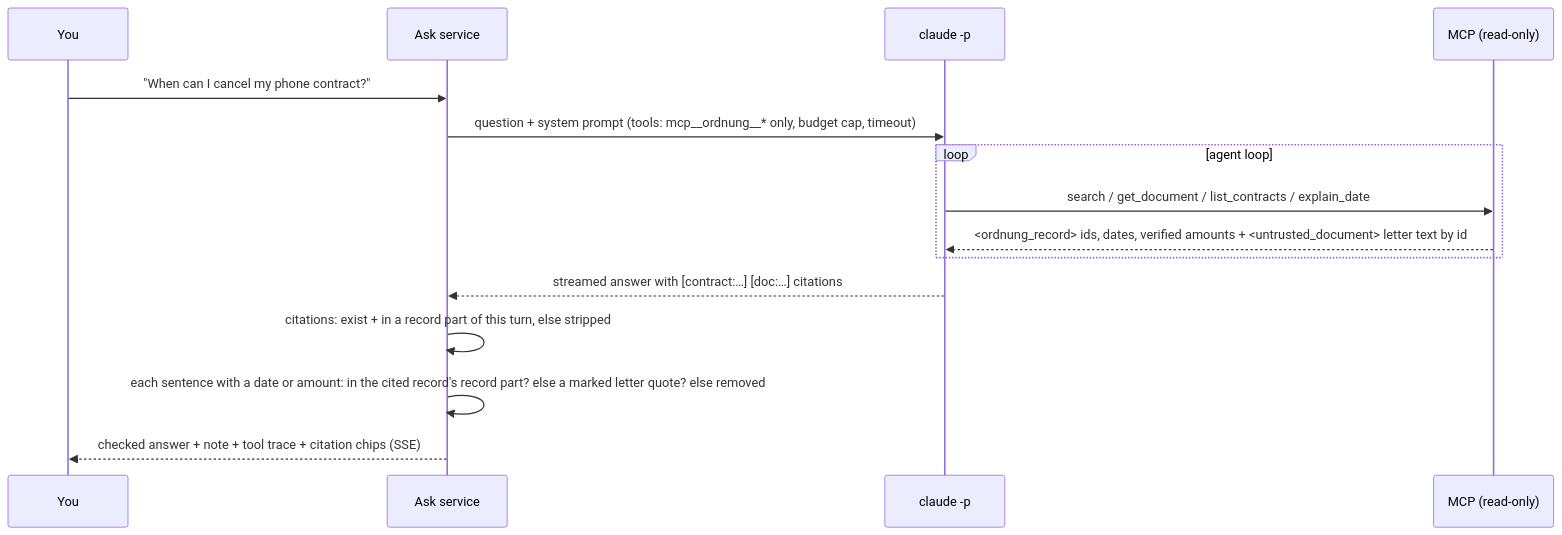
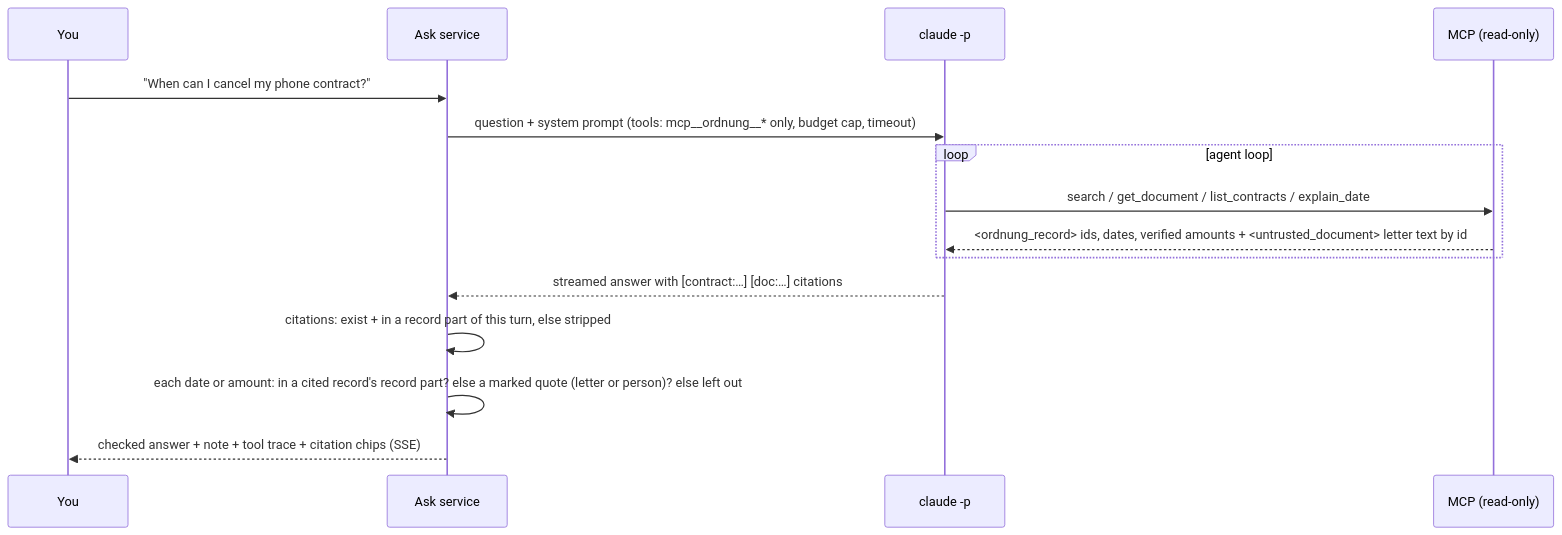
The third of 4 diagrams in docs/architecture.md (ahmedEid1/ordnung), drawn with Mermaid before and after one commit. The commit also changed other lines of this file and 3 other files, not shown here.

First line of the commit message:
Docs: ADR 0008, SPEC, architecture and privacy for the revised check

````diff
--- a/docs/architecture.md
+++ b/docs/architecture.md
@@ -100,17 +100,17 @@
 ```mermaid
 sequenceDiagram
   participant U as You
   participant S as Ask service
   participant C as claude -p
   participant M as MCP (read-only)
   U->>S: "When can I cancel my phone contract?"
   S->>C: question + system prompt (tools: mcp__ordnung__* only, budget cap, timeout)
   loop agent loop
     C->>M: search / get_document / list_contracts / explain_date
     M-->>C: <ordnung_record> ids, dates, verified amounts + <untrusted_document> letter text by id
   end
   C-->>S: streamed answer with [contract:…] [doc:…] citations
   S->>S: citations: exist + in a record part of this turn, else stripped
-  S->>S: each sentence with a date or amount: in the cited record's record part? else a marked letter quote? else removed
+  S->>S: each date or amount: in a cited record's record part? else a marked quote (letter or person)? else left out
   S-->>U: checked answer + note + tool trace + citation chips (SSE)
 ```
````
